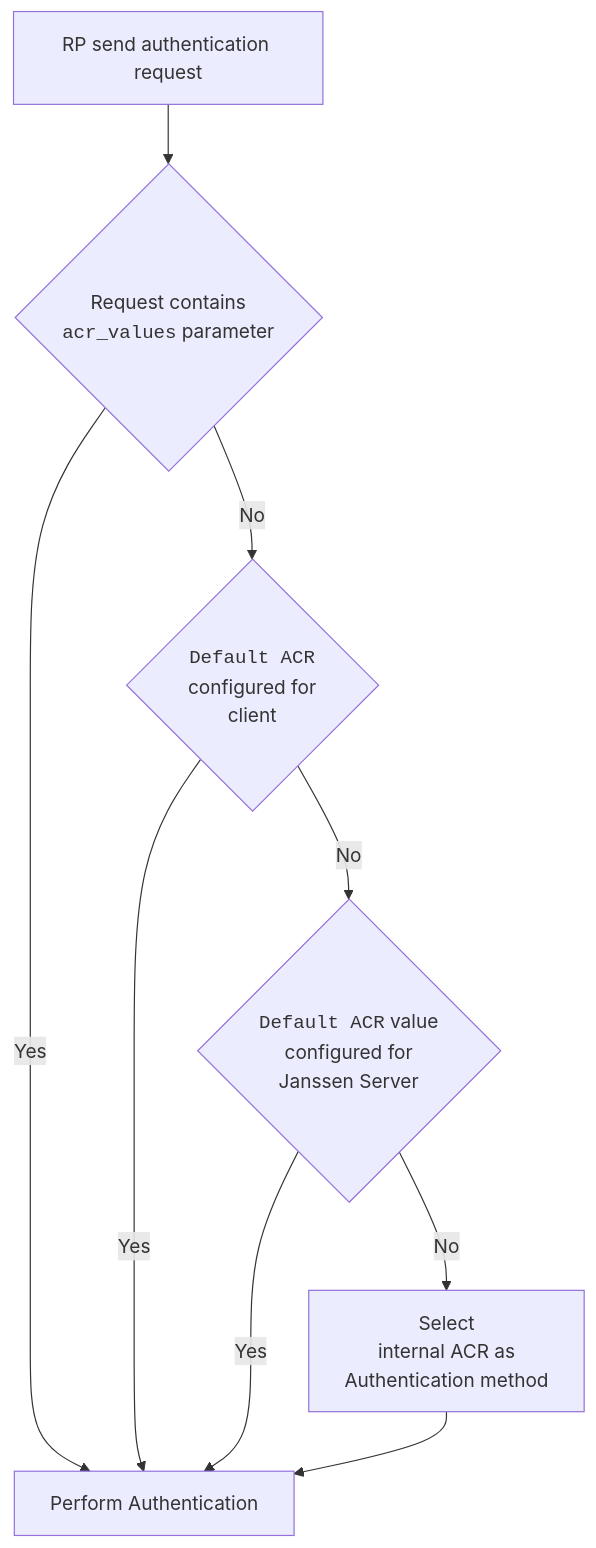
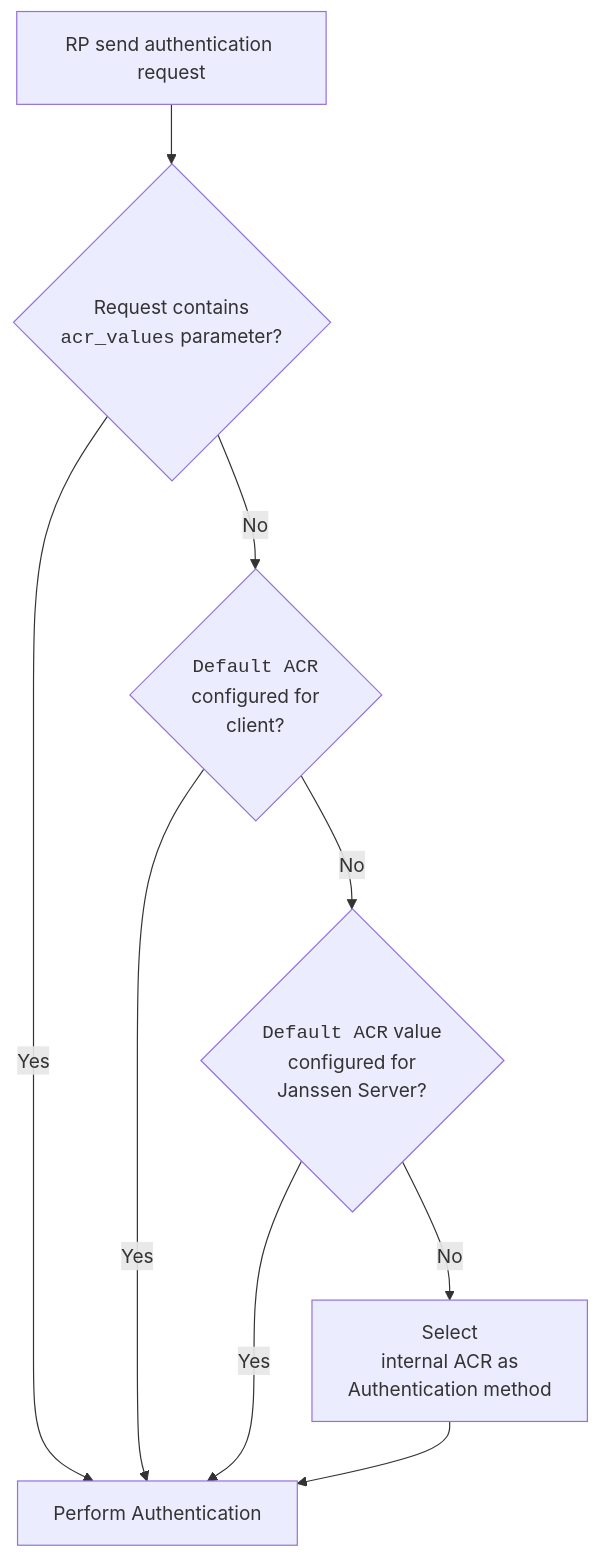
Before and after one commit to JanssenProject/jans: the diagram in docs/admin/auth-server/openid-features/acrs.md, drawn with Mermaid. The commit also changed other lines of this file, not shown here.

````diff
--- a/docs/admin/auth-server/openid-features/acrs.md
+++ b/docs/admin/auth-server/openid-features/acrs.md
@@ -106,10 +100,10 @@
 ```mermaid
 flowchart TD
-    A[RP send authentication request] --> B{Request contains <br /><code>acr_values</code> parameter}
+    A[RP send authentication request] --> B{Request contains <br /><code>acr_values</code> parameter?}
     B -->|Yes| C[Perform Authentication]
-    B -->|No| D{<code>Default ACR</code> <br />configured for <br />client}
+    B -->|No| D{<code>Default ACR</code> <br />configured for <br />client?}
     D -->|Yes| C
-    D -->|No| E{<code>Default ACR</code> value <br />configured for <br />Janssen Server}
+    D -->|No| E{<code>Default ACR</code> value <br />configured for <br />Janssen Server?}
     E --> |Yes| C
     E --> |No| F[Select <br />internal ACR as<br /> Authentication method] --> C
 ```
````
